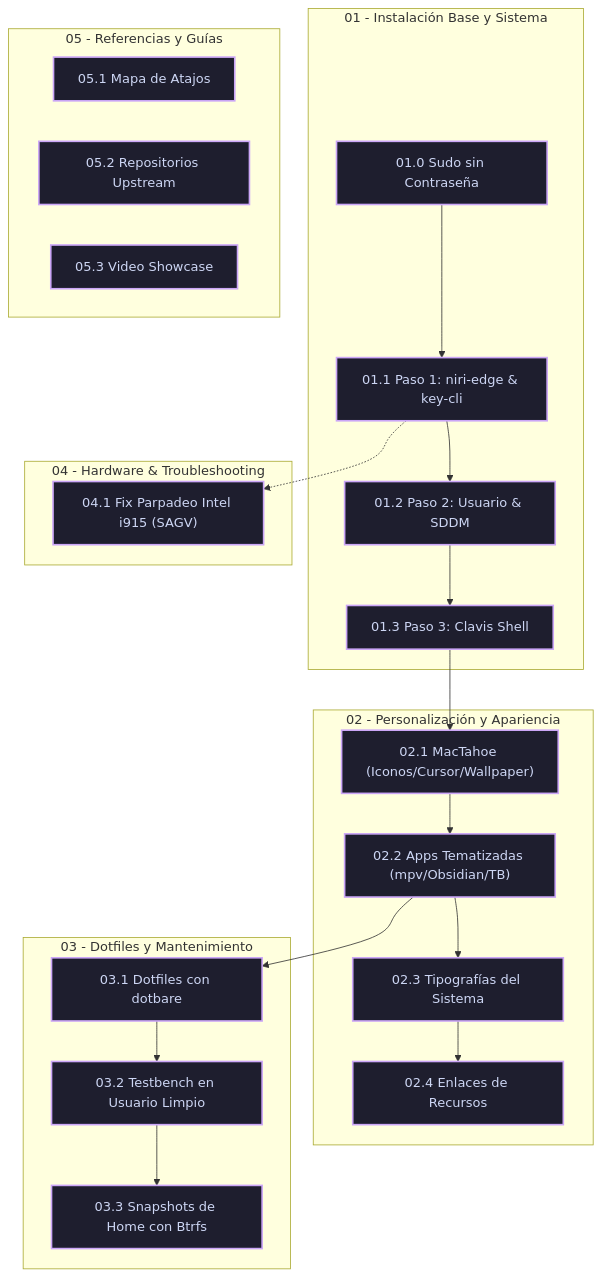
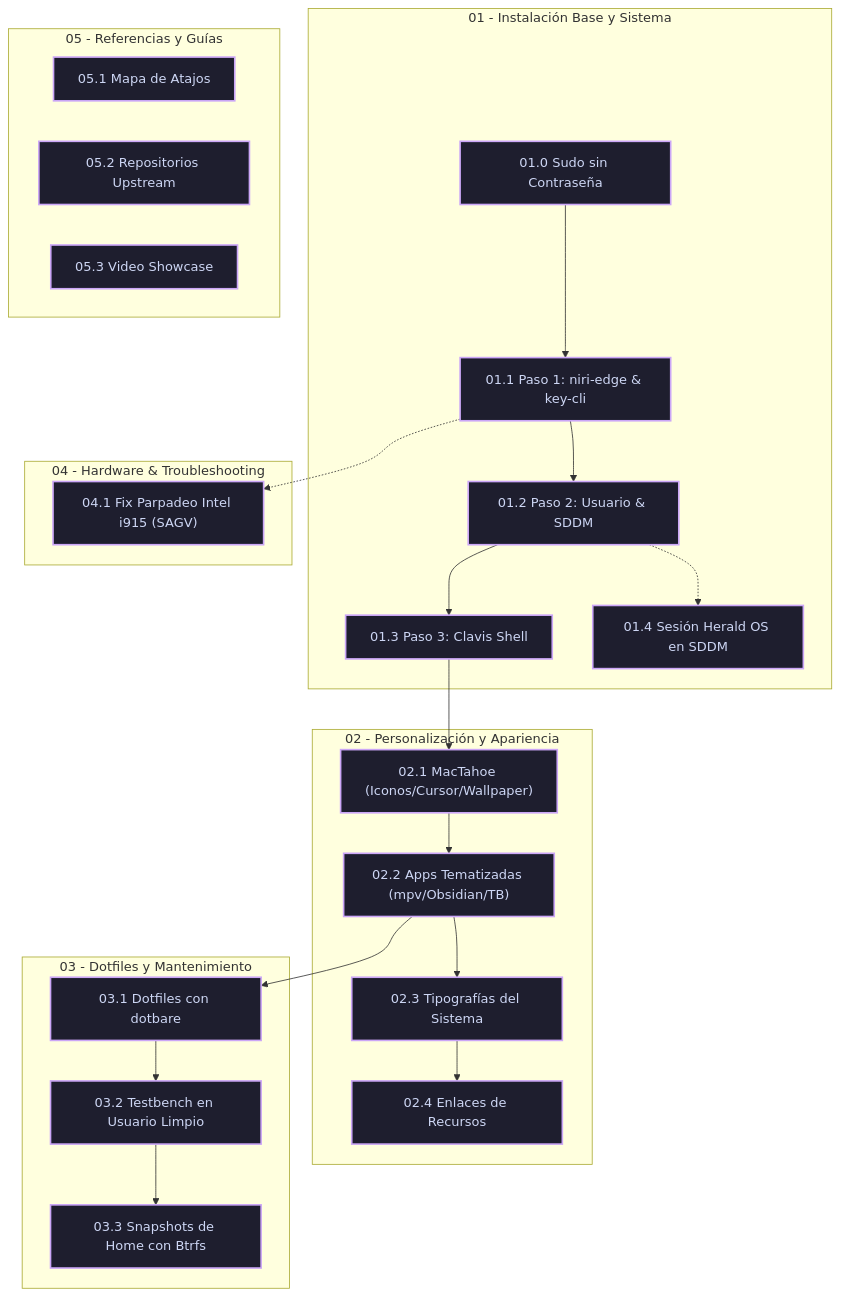
Before and after one commit to robert-flo/PJ-NIRI-rf-omarchy-playbooks: the diagram in 00 - Indice General (MOC).md, drawn with Mermaid. The commit also changed other lines of this file and 13 other files, not shown here.

````diff
--- a/00 - Indice General (MOC).md
+++ b/00 - Indice General (MOC).md
@@ -36,34 +36,35 @@
 ```mermaid
 flowchart TD
     subgraph Fase1["01 - Instalación Base y Sistema"]
         A["01.0 Sudo sin Contraseña"] --> B["01.1 Paso 1: niri-edge & key-cli"]
         B --> C["01.2 Paso 2: Usuario & SDDM"]
         C --> D["01.3 Paso 3: Clavis Shell"]
+        C -.-> P["01.4 Sesión Herald OS en SDDM"]
     end
 
     subgraph Fase2["02 - Personalización y Apariencia"]
         D --> E["02.1 MacTahoe (Iconos/Cursor/Wallpaper)"]
         E --> F["02.2 Apps Tematizadas (mpv/Obsidian/TB)"]
         F --> G["02.3 Tipografías del Sistema"]
         G --> H["02.4 Enlaces de Recursos"]
     end
 
     subgraph Fase3["03 - Dotfiles y Mantenimiento"]
         F --> I["03.1 Dotfiles con dotbare"]
         I --> J["03.2 Testbench en Usuario Limpio"]
         J --> K["03.3 Snapshots de Home con Btrfs"]
     end
 
     subgraph Fase4["04 - Hardware & Troubleshooting"]
         B -.-> L["04.1 Fix Parpadeo Intel i915 (SAGV)"]
     end
 
     subgraph Fase5["05 - Referencias y Guías"]
         M["05.1 Mapa de Atajos"]
         N["05.2 Repositorios Upstream"]
         O["05.3 Video Showcase"]
     end
 
     classDef default fill:#1e1e2e,stroke:#cba6f7,stroke-width:2px,color:#cdd6f4;
     classDef phase fill:#181825,stroke:#89b4fa,stroke-width:2px,color:#89b4fa;
 ```
````
